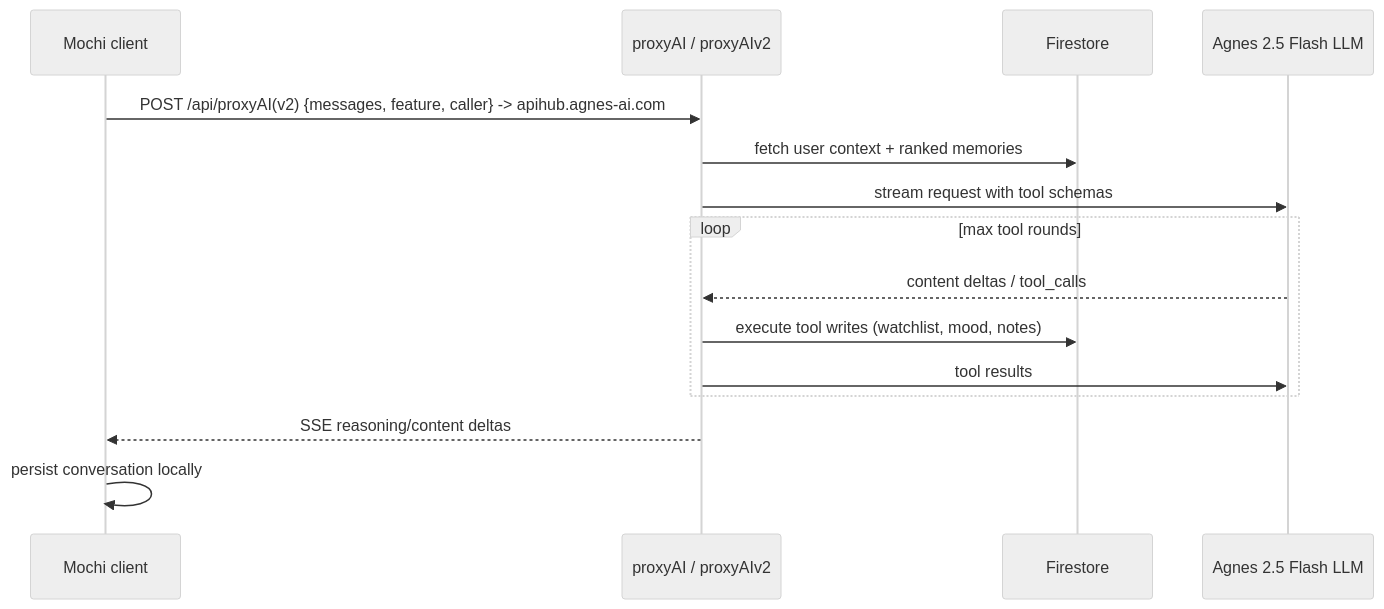
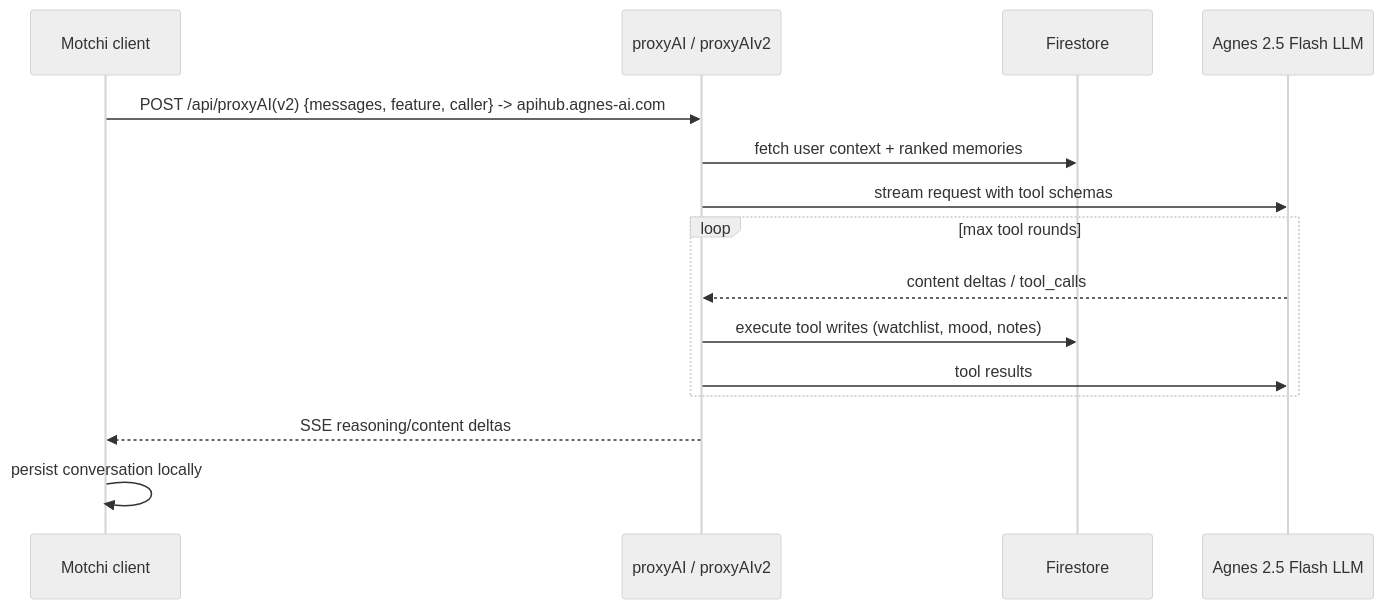
Before and after one commit to khentmoba/Everglow: the sixth of 7 diagrams in docs/ARCHITECTURE.md, drawn with Mermaid (neutral theme). The commit also changed other lines of this file and 109 other files, not shown here.

First line of the commit message:
rename(ai): Mochi → Motchi everywhere

````diff
--- a/docs/ARCHITECTURE.md
+++ b/docs/ARCHITECTURE.md
@@ -239,18 +239,18 @@
 ```mermaid
 sequenceDiagram
-  participant C as Mochi client
+  participant C as Motchi client
   participant F as proxyAI / proxyAIv2
   participant DB as Firestore
   participant L as Agnes 2.5 Flash LLM
 
   C->>F: POST /api/proxyAI(v2) {messages, feature, caller} -> apihub.agnes-ai.com
   F->>DB: fetch user context + ranked memories
   F->>L: stream request with tool schemas
   loop max tool rounds
     L-->>F: content deltas / tool_calls
     F->>DB: execute tool writes (watchlist, mood, notes)
     F->>L: tool results
   end
   F-->>C: SSE reasoning/content deltas
   C->>C: persist conversation locally
 ```
````
